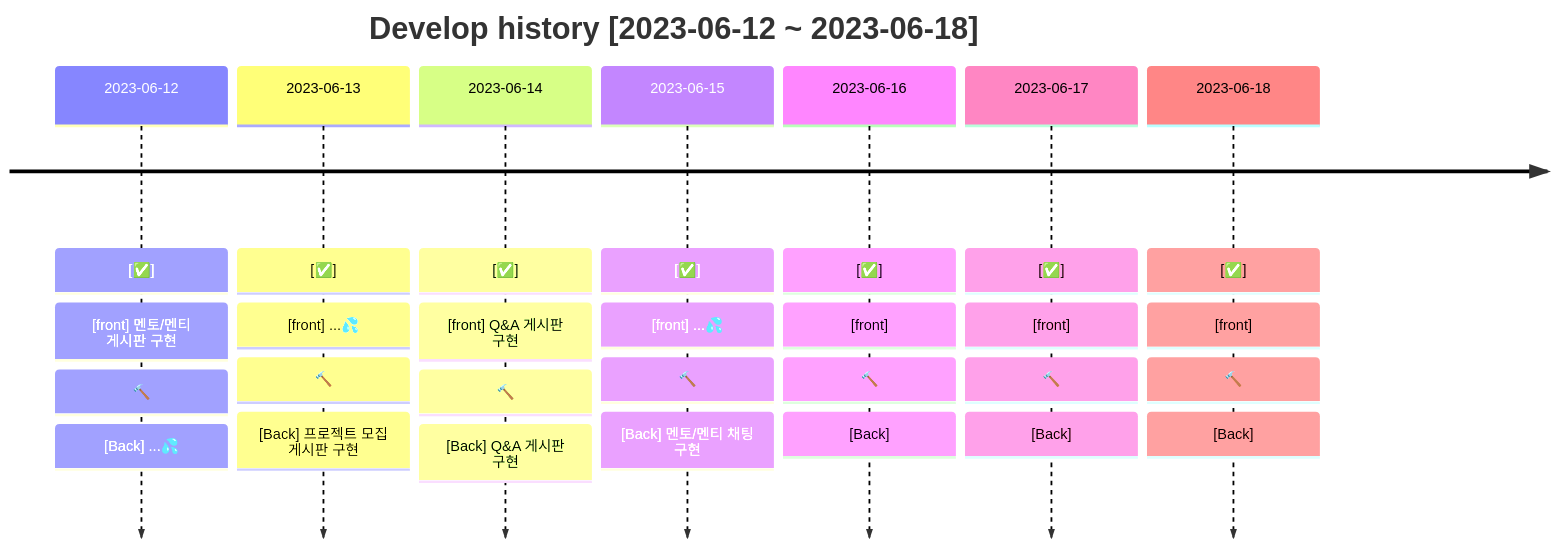
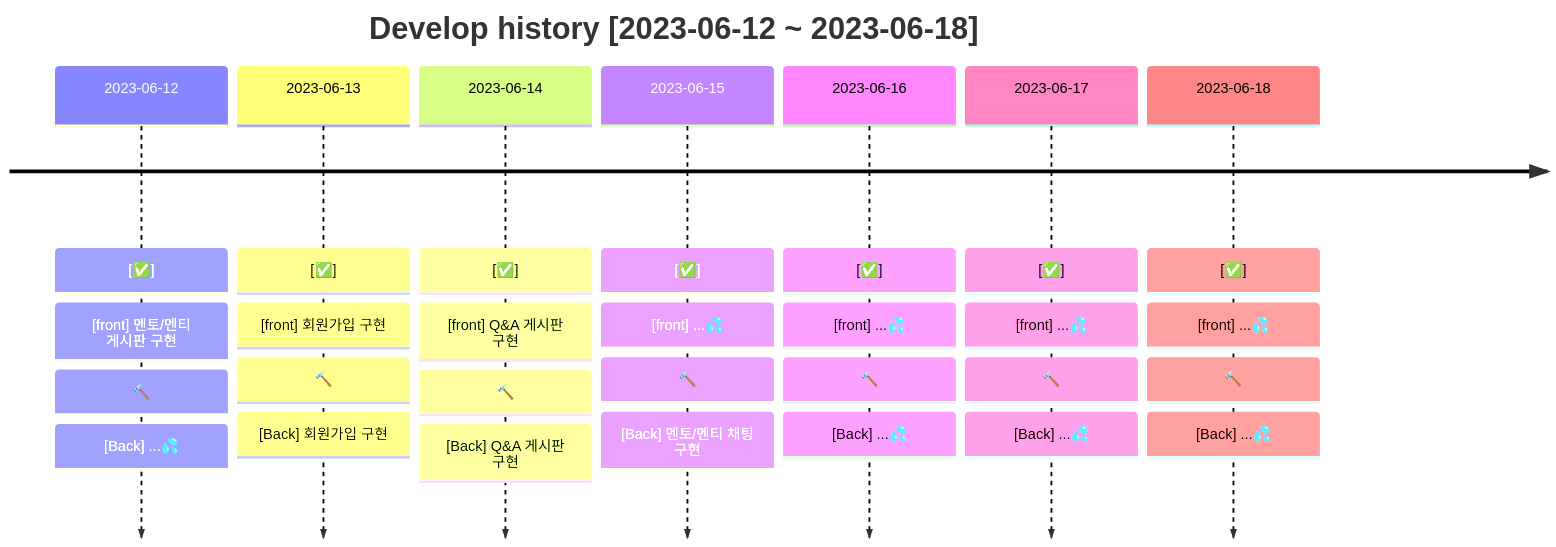
The third of 6 diagrams in docs/README.md (Hazel0c0/ddamddam-club-org), drawn with Mermaid before and after one commit. The commit also changed other lines of this file and 1 other file, not shown here.

````diff
--- a/docs/README.md
+++ b/docs/README.md
@@ -112,32 +154,32 @@
 ```mermaid
 timeline
     title Develop history [2023-06-12 ~ 2023-06-18]
     2023-06-12: [✅]
             : [front] 멘토/멘티 게시판 구현
             : 🔨
             : [Back] ...💦
     2023-06-13: [✅]
-            : [front] ...💦
+            : [front] 회원가입 구현
             : 🔨
-            : [Back] 프로젝트 모집 게시판 구현
+            : [Back] 회원가입 구현
     2023-06-14: [✅]
             : [front] Q&A 게시판 구현
             : 🔨
             : [Back] Q&A 게시판 구현
     2023-06-15: [✅]
             : [front] ...💦
             : 🔨
             : [Back] 멘토/멘티 채팅 구현
     2023-06-16: [✅]
-            : [front]
+            : [front] ...💦
             : 🔨
-            : [Back]
+            : [Back] ...💦
     2023-06-17: [✅]
-            : [front]
+            : [front] ...💦
             : 🔨
-            : [Back]
+            : [Back] ...💦
     2023-06-18: [✅]
-            : [front]
+            : [front] ...💦
             : 🔨
-            : [Back]
+            : [Back] ...💦
 ```
````
